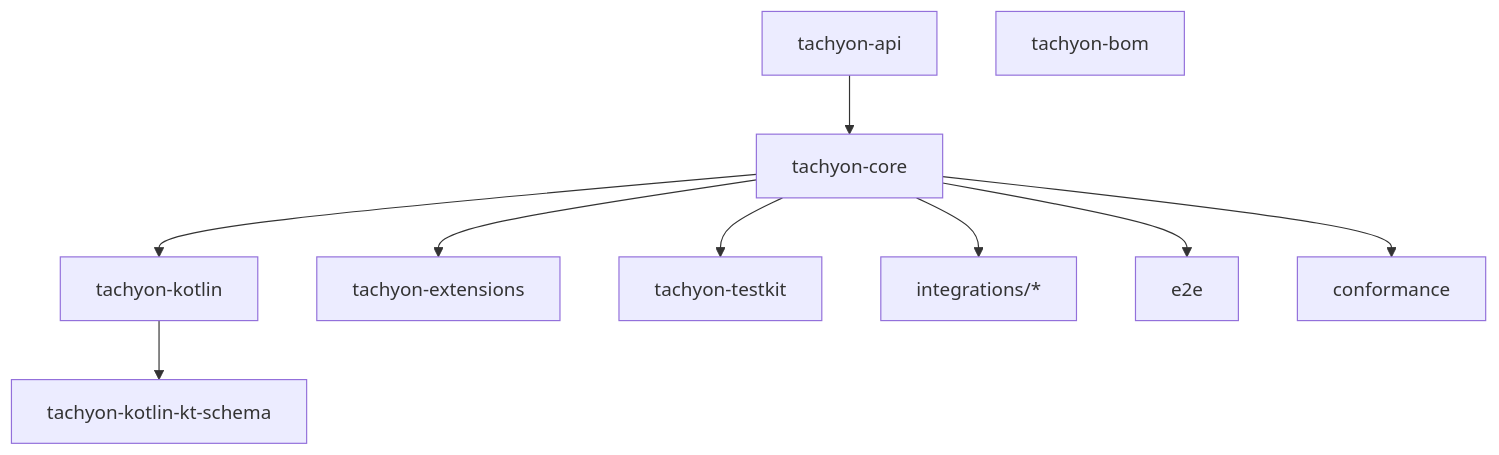
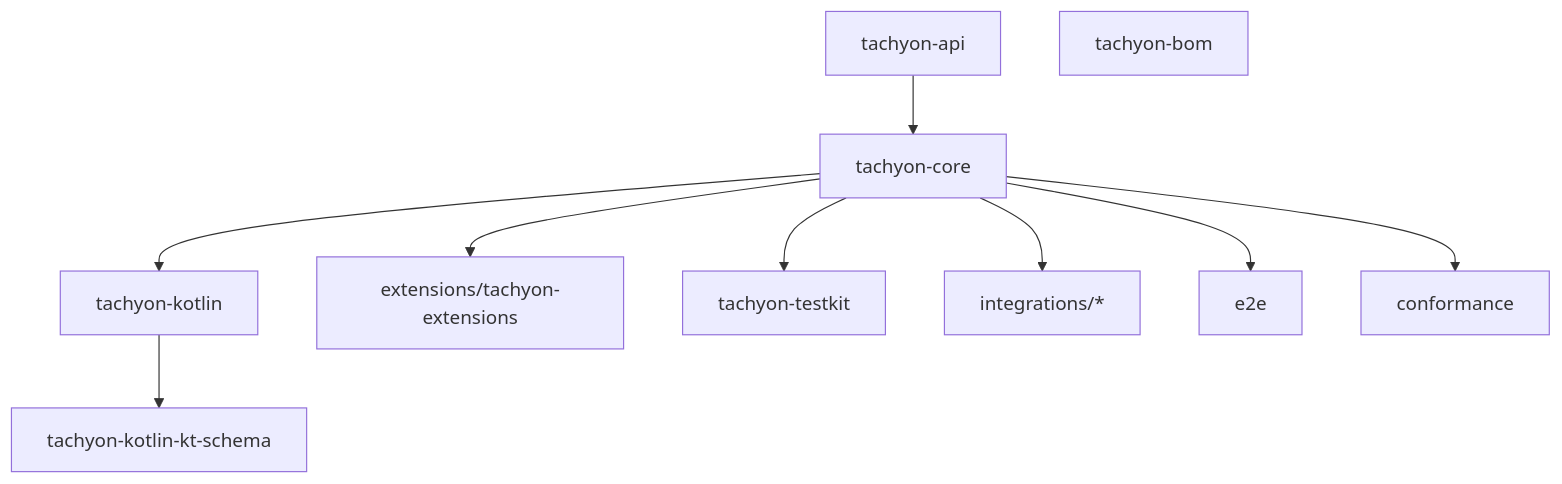
One commit to tachyonmcp/tachyon changed the diagram in .llm-wiki/overview.md. Above: the diagram before and after it, drawn with Mermaid. The commit also changed other lines of this file and 55 other files, not shown here.

````diff
--- a/.llm-wiki/overview.md
+++ b/.llm-wiki/overview.md
@@ -17,12 +17,12 @@
 ```mermaid
 graph TD
   api[tachyon-api] --> core[tachyon-core]
   core --> kotlin[tachyon-kotlin]
   kotlin --> ktschema[tachyon-kotlin-kt-schema]
-  core --> ext[tachyon-extensions]
+  core --> ext[extensions/tachyon-extensions]
   core --> testkit[tachyon-testkit]
   core --> integ[integrations/*]
   core --> e2e[e2e]
   core --> conf[conformance]
   bom[tachyon-bom]
 ```
````
